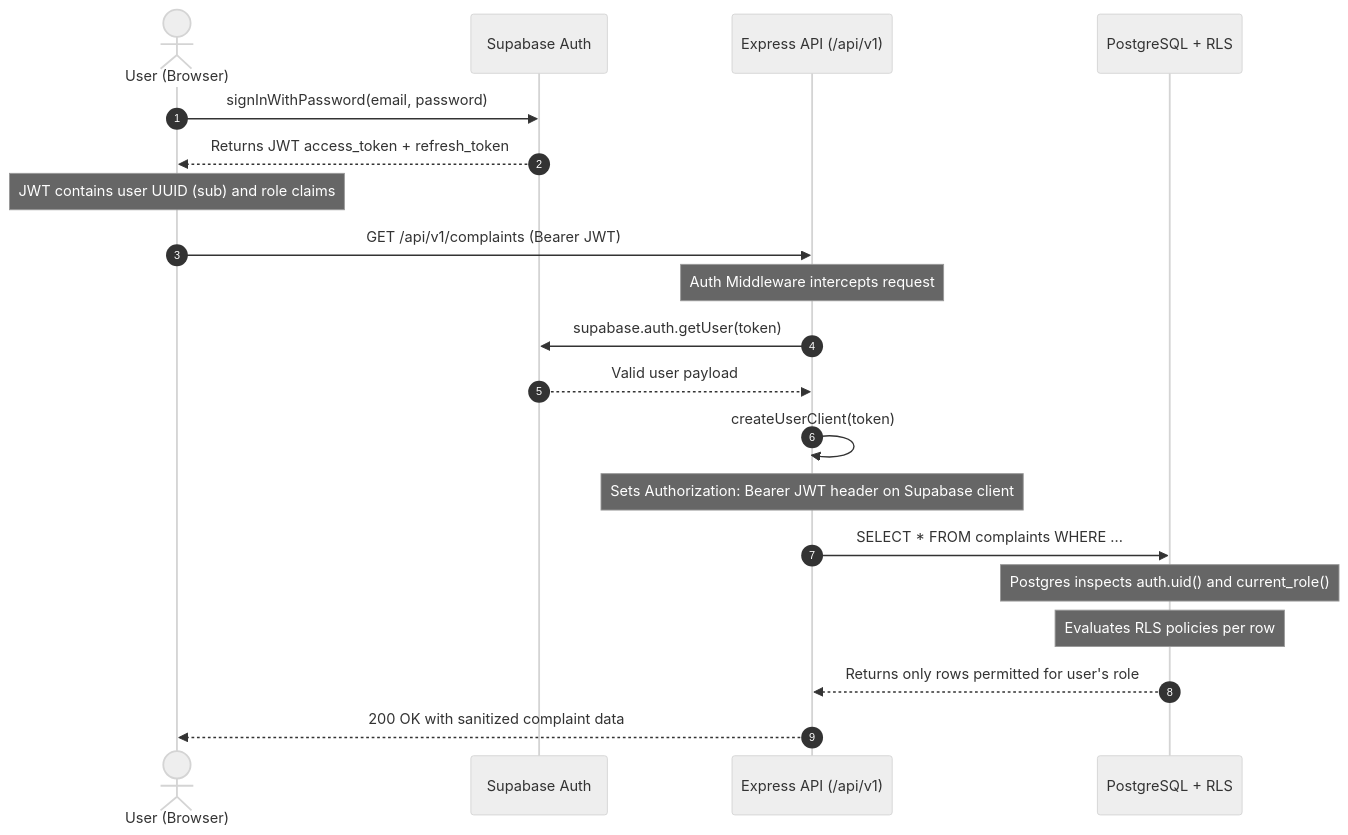
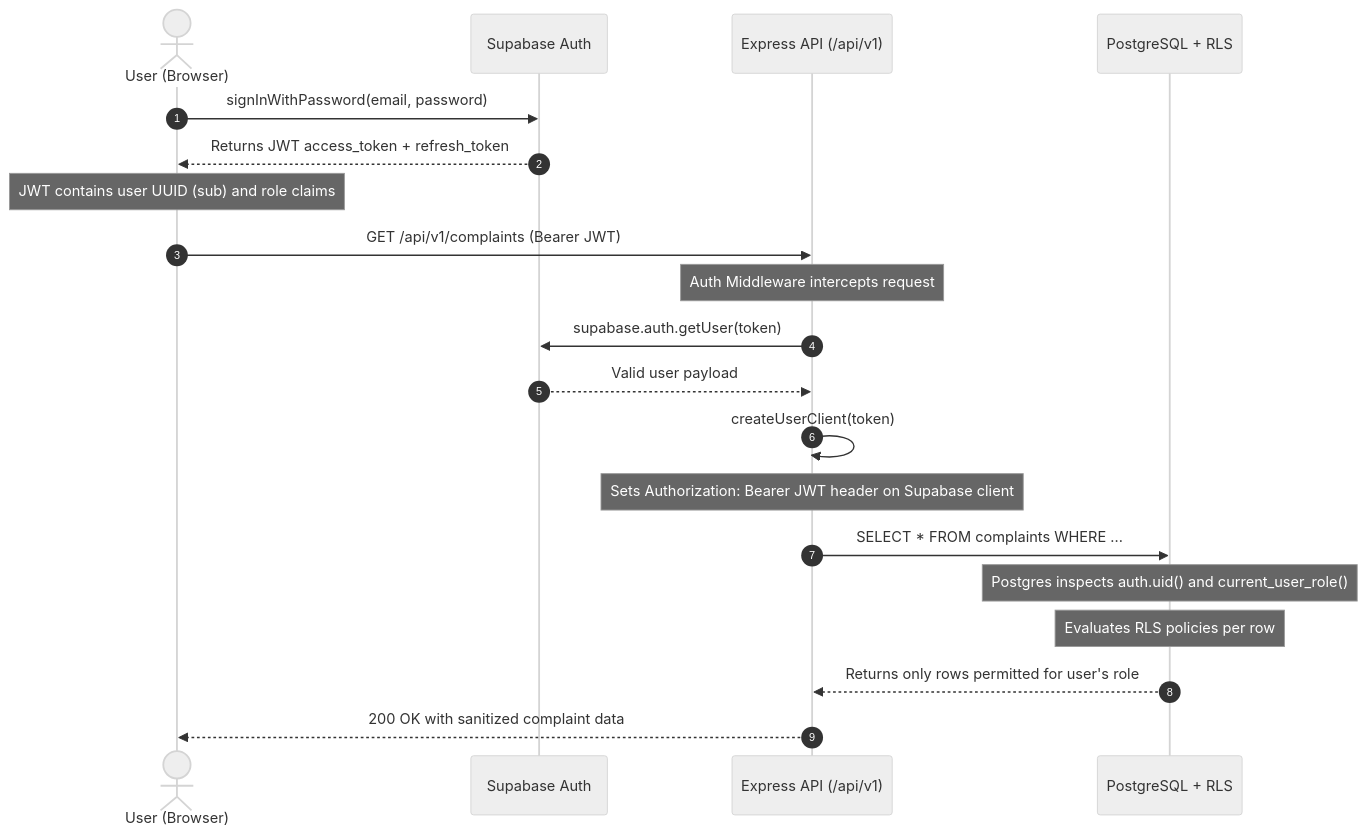
One commit to gsiddharthrao/ComplaintEase changed the second of 2 diagrams in docs/ARCHITECTURE.md. Above: the diagram before and after it, drawn with Mermaid (neutral theme). The commit also changed other lines of this file and 9 other files, not shown here.

````diff
--- a/docs/ARCHITECTURE.md
+++ b/docs/ARCHITECTURE.md
@@ -58,27 +58,27 @@
 ```mermaid
 sequenceDiagram
     autonumber
     actor User as User (Browser)
     participant Auth as Supabase Auth
     participant API as Express API (/api/v1)
     participant DB as PostgreSQL + RLS
 
     User->>Auth: signInWithPassword(email, password)
     Auth-->>User: Returns JWT access_token + refresh_token
     Note over User: JWT contains user UUID (sub) and role claims
 
     User->>API: GET /api/v1/complaints (Bearer JWT)
     Note over API: Auth Middleware intercepts request
 
     API->>Auth: supabase.auth.getUser(token)
     Auth-->>API: Valid user payload
 
     API->>API: createUserClient(token)
     Note over API: Sets Authorization: Bearer JWT header on Supabase client
 
     API->>DB: SELECT * FROM complaints WHERE ...
-    Note over DB: Postgres inspects auth.uid() and current_role()
+    Note over DB: Postgres inspects auth.uid() and current_user_role()
     Note over DB: Evaluates RLS policies per row
     DB-->>API: Returns only rows permitted for user's role
     API-->>User: 200 OK with sanitized complaint data
 ```
````
